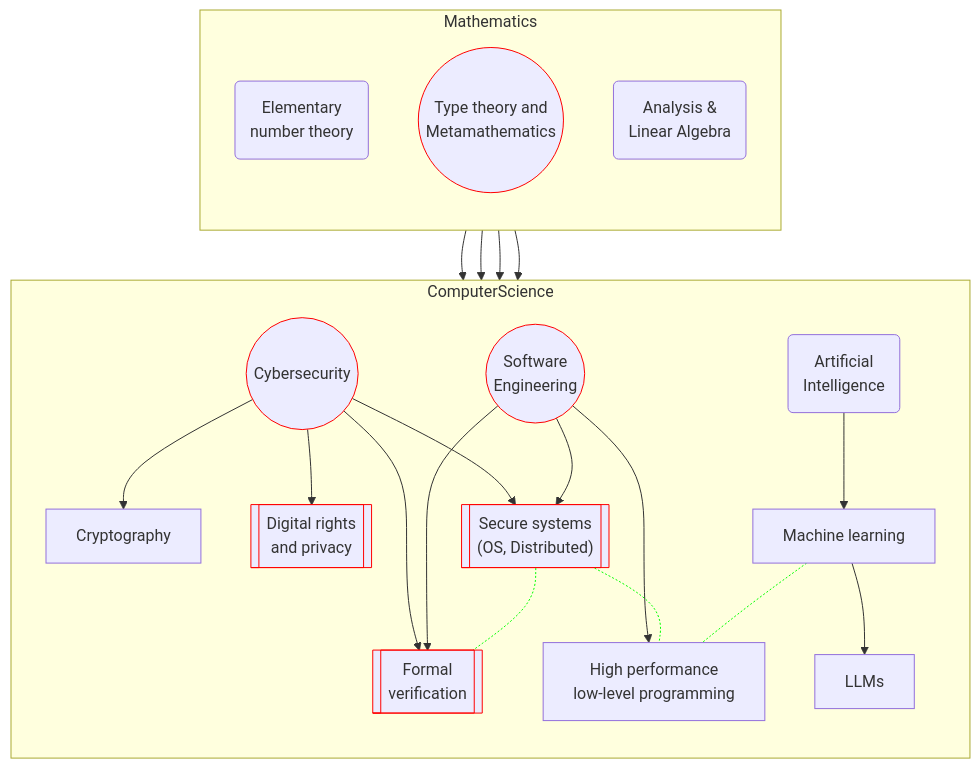
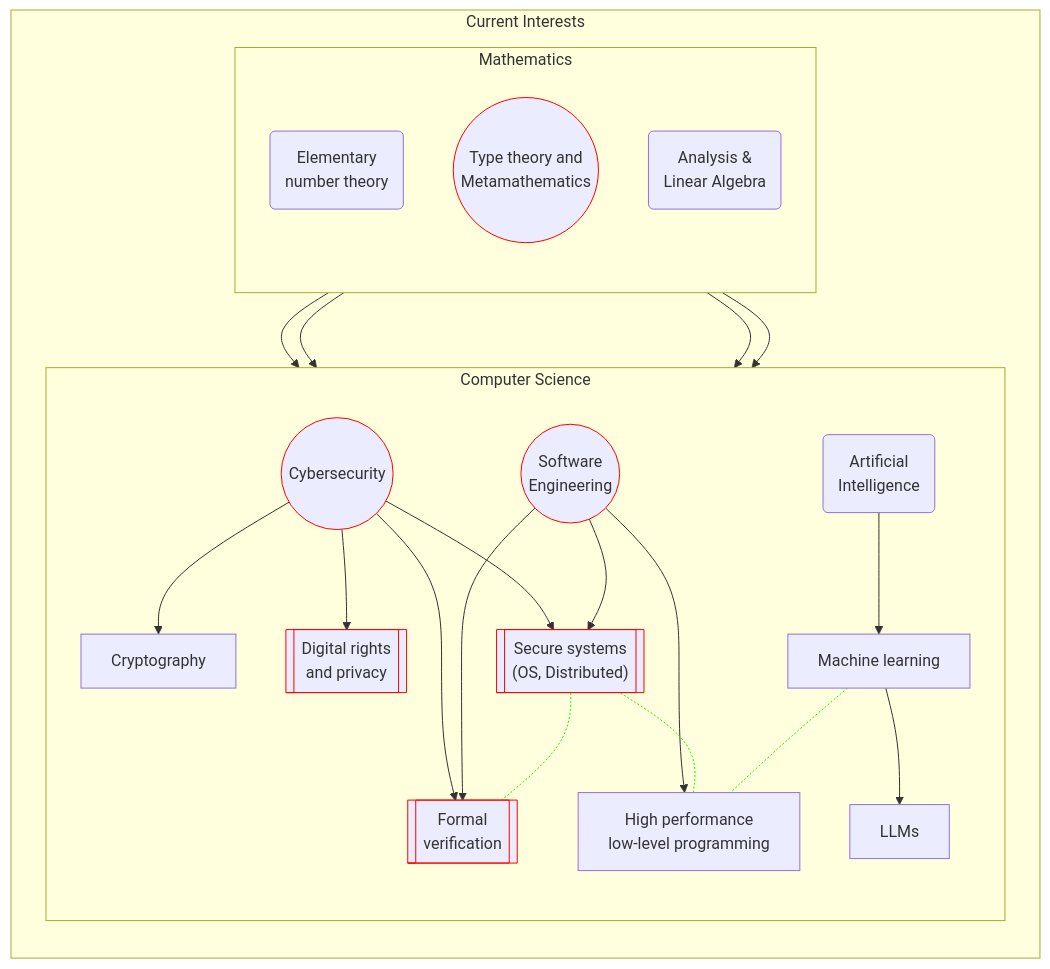
One commit to guanyuming-he/guanyuming-he changed the diagram in README.md. Above: the diagram before and after it, drawn with Mermaid.

````diff
--- a/README.md
+++ b/README.md
@@ -5,48 +5,51 @@
 ```mermaid
 flowchart TB
-	%% Primary general topic, general topic, primary subtopic, subtopic,
-	%% respectively
-	classDef gen-pri	shape:dbl-circ,stroke:#f00
-	classDef gen		shape:circle
-	classDef sub-pri	shape:subproc,stroke:#f00
-	classDef sub		shape:rect
-
-	%% Left side: CS
-	subgraph ComputerScience
+	subgraph "Current Interests"
 		direction TB
-		%% General directions
-		CY((Cybersecurity)):::gen-pri
-		SE((Software\n Engineering)):::gen-pri
-		AI(Artificial\n Intelligence):::gen
-
-		%% Cybersecurity branches
-		CY --> CR[Cryptography]:::sub
-		CY --> DR[["Digital rights\n and privacy"]]:::sub-pri
-		CY --> SS[["Secure systems\n (OS, Distributed)"]]:::sub-pri
-		CY --> FV[["Formal \nverification"]]:::sub-pri
-		SE --> SS
-		SE --> FV
-		SE --> HP["High performance \n low-level programming"]:::sub
-		AI --> ML["Machine learning"]:::sub -->
-		LLM["LLMs"]:::sub
-
-		SS -.- HP
-		ML -.- HP
-		SS -.- FV
-		%% Change link color
-		linkStyle 9,10,11 stroke:#0f0 
-	end
-
-	%% Right side: Math
-	subgraph Mathematics
-		direction BT
-		EN(Elementary \nnumber theory):::gen
-		TT((Type theory and\n Metamathematics)):::gen-pri
-		AL(Analysis & \nLinear Algebra):::gen
-
-		EN --> CR
-		TT --> FV
-		AL --> ML
-		AL --> HP
+		%% Primary general topic, general topic, primary subtopic, subtopic,
+		%% respectively
+		classDef gen-pri	shape:dbl-circ,stroke:#f00
+		classDef gen		shape:circle
+		classDef sub-pri	shape:subproc,stroke:#f00
+		classDef sub		shape:rect
+	
+		%% Left side: CS
+		subgraph "Computer Science"
+			direction TB
+			%% General directions
+			CY((Cybersecurity)):::gen-pri
+			SE((Software\n Engineering)):::gen-pri
+			AI(Artificial\n Intelligence):::gen
+	
+			%% Cybersecurity branches
+			CY --> CR[Cryptography]:::sub
+			CY --> DR[["Digital rights\n and privacy"]]:::sub-pri
+			CY --> SS[["Secure systems\n (OS, Distributed)"]]:::sub-pri
+			CY --> FV[["Formal \nverification"]]:::sub-pri
+			SE --> SS
+			SE --> FV
+			SE --> HP["High performance \n low-level programming"]:::sub
+			AI --> ML["Machine learning"]:::sub -->
+			LLM["LLMs"]:::sub
+	
+			SS -.- HP
+			ML -.- HP
+			SS -.- FV
+			%% Change link color
+			linkStyle 9,10,11 stroke:#0f0 
+		end
+	
+		%% Right side: Math
+		subgraph Mathematics
+			direction BT
+			EN(Elementary \nnumber theory):::gen
+			TT((Type theory and\n Metamathematics)):::gen-pri
+			AL(Analysis & \nLinear Algebra):::gen
+	
+			EN --> CR
+			TT --> FV
+			AL --> ML
+			AL --> HP
+		end
 	end
 ```
````
